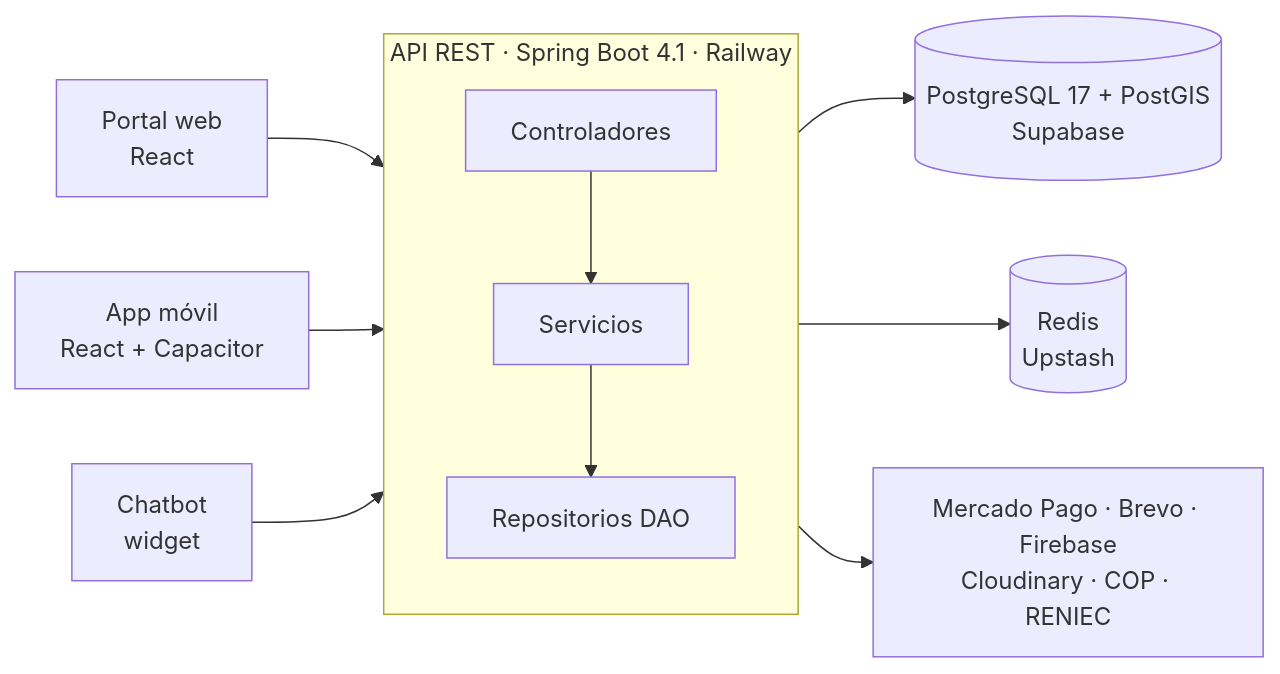
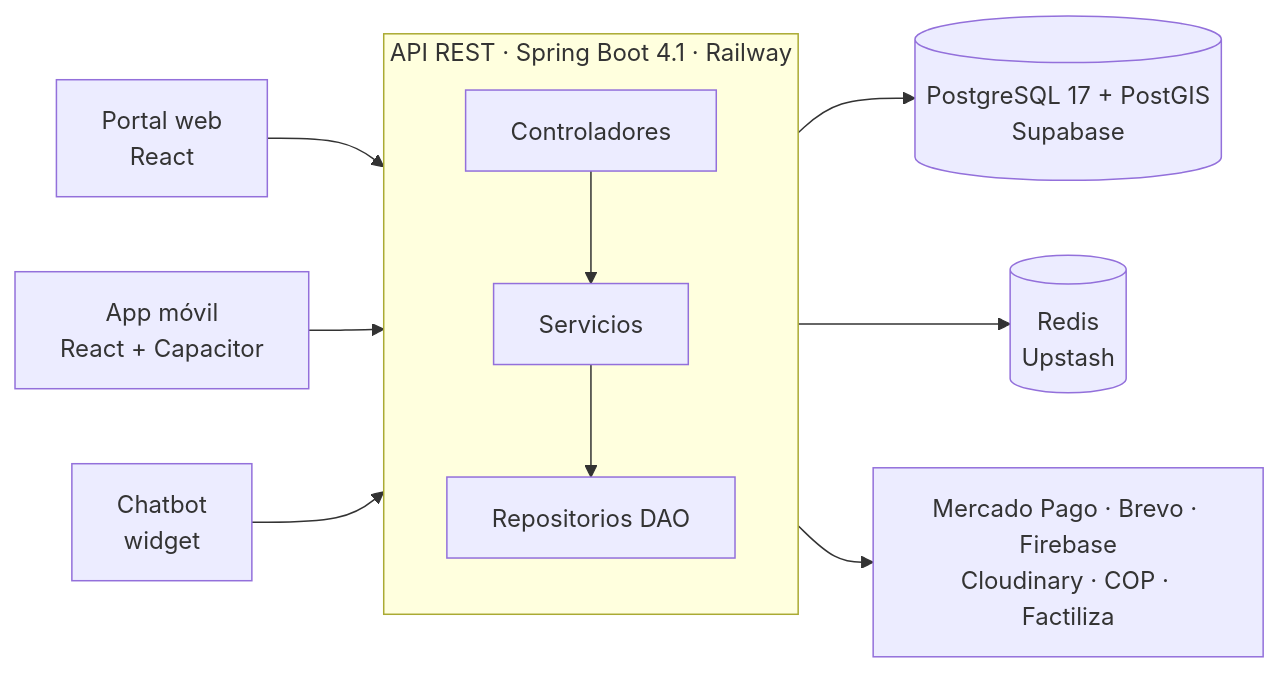
One commit to Luaaa7/OdontoSystem changed the diagram in README.md. Above: the diagram before and after it, drawn with Mermaid. The commit also changed other lines of this file, not shown here.

Commit message:
Docs: README precisa que el DNI se verifica en RENIEC via Factiliza

````diff
--- a/README.md
+++ b/README.md
@@ -39,13 +39,13 @@
 ```mermaid
 flowchart LR
     W[Portal web<br/>React] --> API
     A[App móvil<br/>React + Capacitor] --> API
     C[Chatbot<br/>widget] --> API
     subgraph API[API REST · Spring Boot 4.1 · Railway]
         direction TB
         CT[Controladores] --> SV[Servicios] --> RP[Repositorios DAO]
     end
     RP --> DB[(PostgreSQL 17 + PostGIS<br/>Supabase)]
     SV --> R[(Redis<br/>Upstash)]
-    SV --> EXT[Mercado Pago · Brevo · Firebase<br/>Cloudinary · COP · RENIEC]
+    SV --> EXT[Mercado Pago · Brevo · Firebase<br/>Cloudinary · COP · Factiliza]
 ```
````
